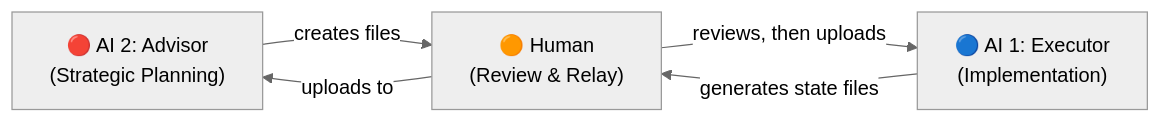
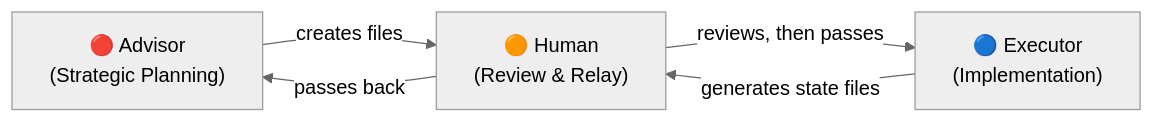
The diagram in README.md (illtellyouwhat/AI-LOCK-file-workflow), drawn with Mermaid (neutral theme) before and after one commit. The commit also changed other lines of this file and 3 other files, not shown here.

````diff
--- a/README.md
+++ b/README.md
@@ -21,11 +23,11 @@
 ```mermaid
 graph LR
-    A["🔴 AI 2: Advisor\n(Strategic Planning)"]
+    A["🔴 Advisor\n(Strategic Planning)"]
     H["🟠 Human\n(Review & Relay)"]
-    B["🔵 AI 1: Executor\n(Implementation)"]
+    B["🔵 Executor\n(Implementation)"]
 
     A -- "creates files" --> H
-    H -- "reviews, then uploads" --> B
+    H -- "reviews, then passes" --> B
     B -- "generates state files" --> H
-    H -- "uploads to" --> A
+    H -- "passes back" --> A
 ```
````
